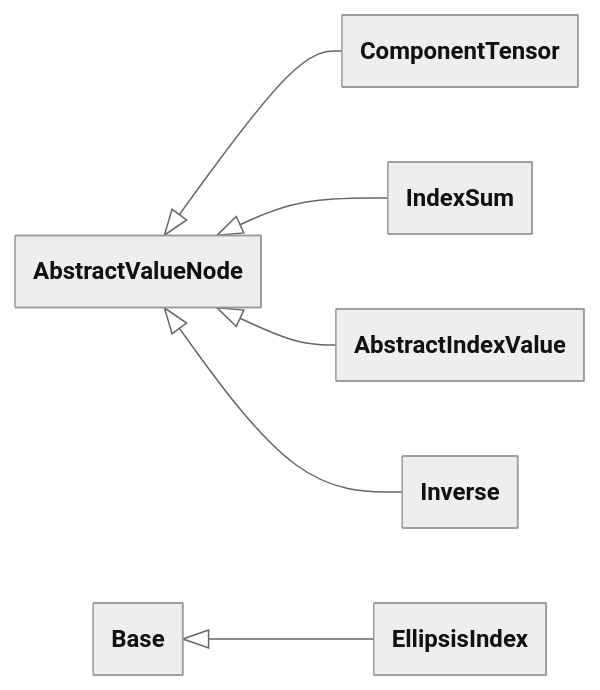
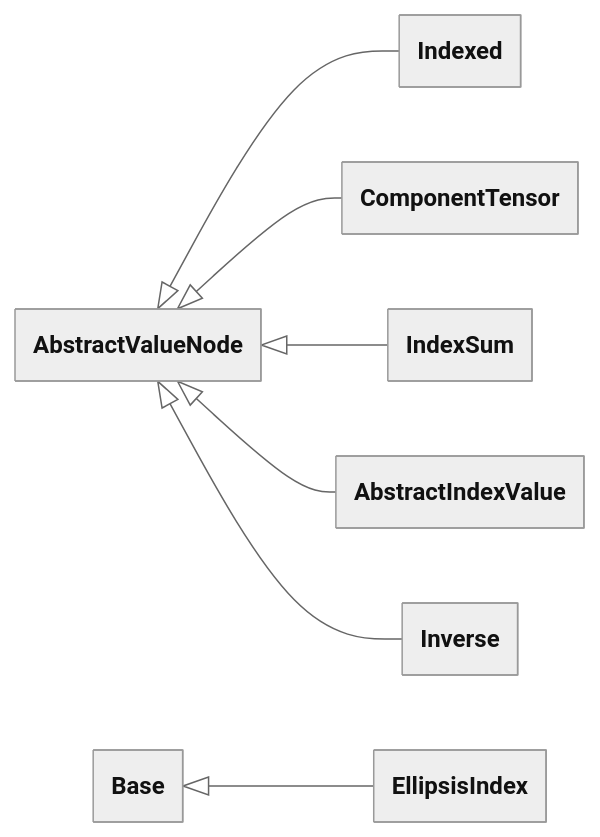
One commit to FEniCS/uflx changed the fifth of 12 diagrams in design/language.md. Above: the diagram before and after it, drawn with Mermaid. The commit also changed other lines of this file and 3 other files, not shown here.

````diff
--- a/design/language.md
+++ b/design/language.md
@@ -4427,19 +4701,20 @@
 ```mermaid
 ---
 config:
   theme: neutral
   look: classic
   class:
     theme: neutral
     look: classic
     hideEmptyMembersBox: true
 ---
 classDiagram
     direction LR
     accTitle: Algebra class hierarchy (3 of 3)
+    AbstractValueNode <|-- Indexed
     AbstractValueNode <|-- ComponentTensor
     AbstractValueNode <|-- IndexSum
     Base <|-- EllipsisIndex
     AbstractValueNode <|-- AbstractIndexValue
     AbstractValueNode <|-- Inverse
 ```
````
